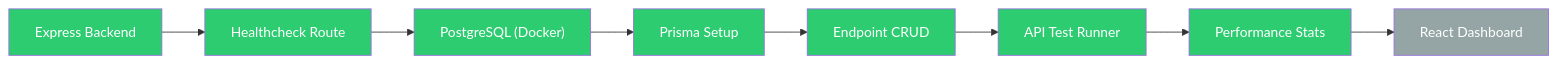
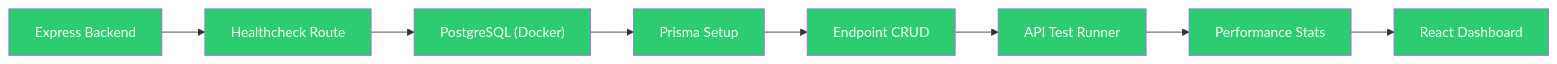
The diagram in README.md (zardledev/API-Performance-Monitor), drawn with Mermaid before and after one commit.

Commit message:
doc:Add UX for a more product-oriented UI design

````diff
--- a/README.md
+++ b/README.md
@@ -277,16 +277,15 @@
 ```mermaid
 flowchart LR
     A[Express Backend] --> B[Healthcheck Route]
     B --> C["PostgreSQL (Docker)"]
     C --> D[Prisma Setup]
     D --> E[Endpoint CRUD]
     E --> F[API Test Runner]
     F --> G[Performance Stats]
     G --> H[React Dashboard]
 
-    class A,B,C,D,E,F,G done
-    class H planned
+    class A,B,C,D,E,F,G,H done
 
     classDef done fill:#2ecc71,color:#fff;
     classDef planned fill:#95a5a6,color:#fff;
 ```
````
